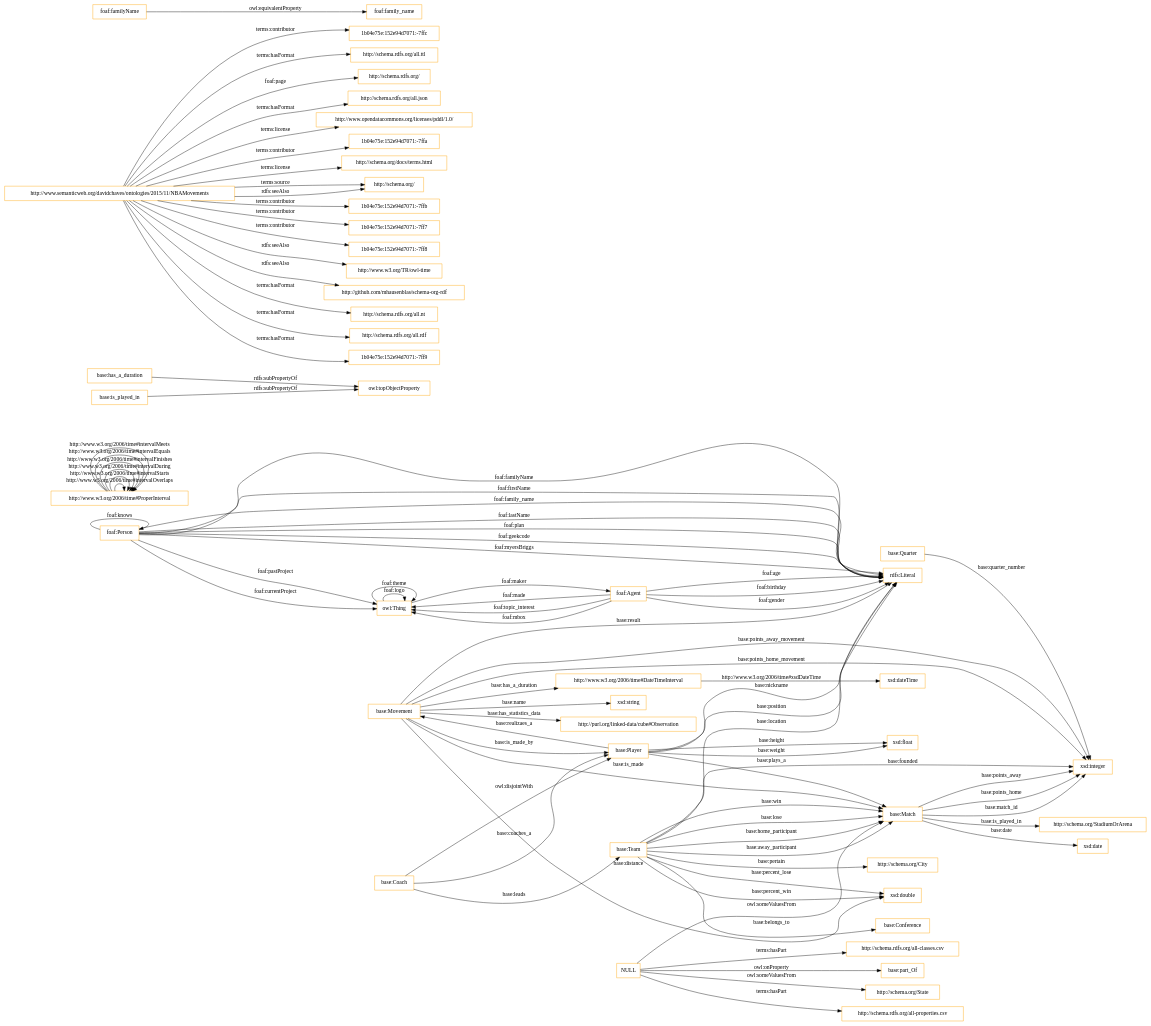
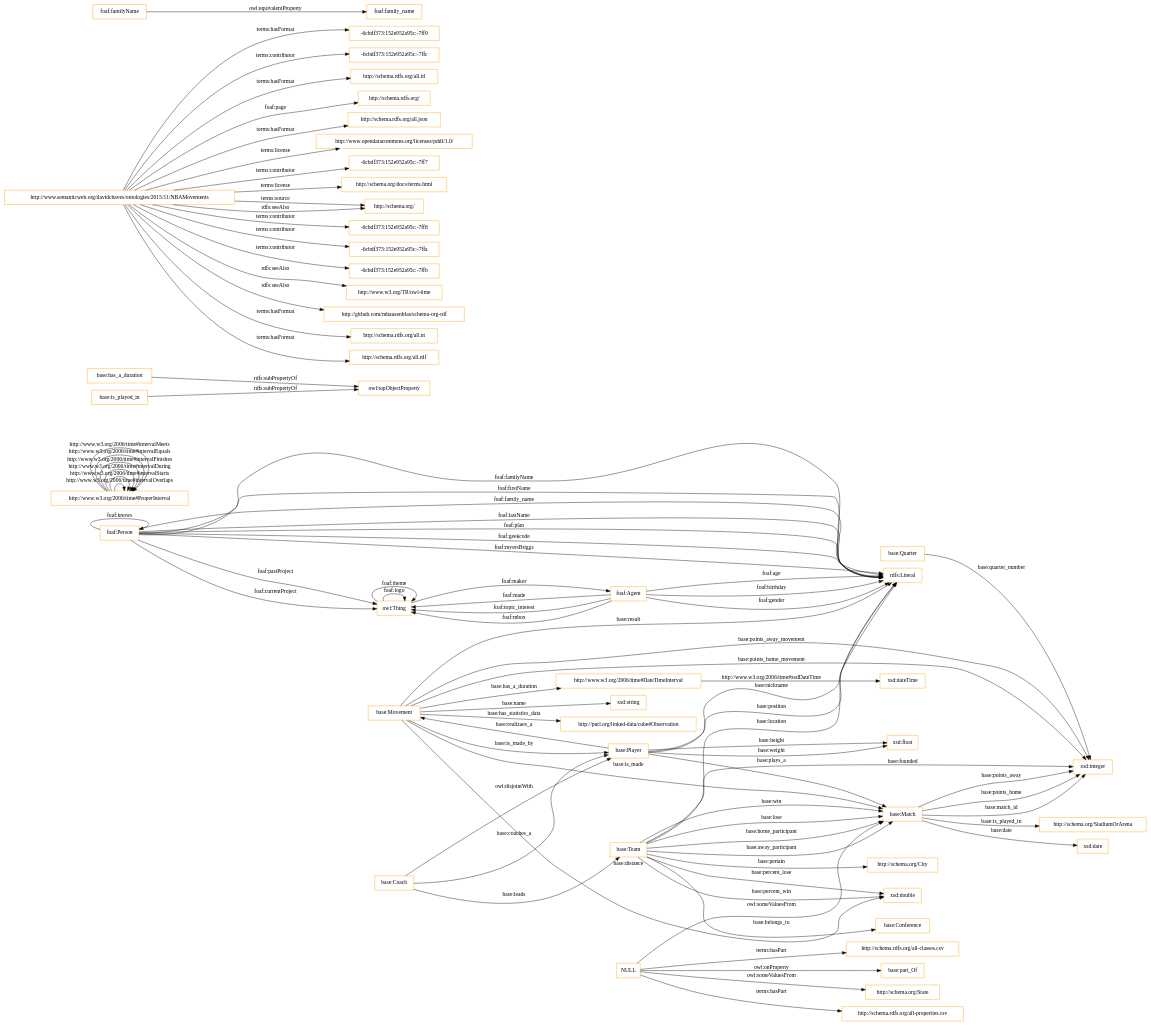
The diagram in OnToology/NBAMovementsv2.owl/diagrams/ar2dtool-class/NBAMovementsv2.owl.png.dot (OnToologyUser/NBAMovements), drawn with Graphviz before and after one commit. The commit also changed 4 other files, not shown here.

```diff
--- a/OnToology/NBAMovementsv2.owl/diagrams/ar2dtool-class/NBAMovementsv2.owl.png.dot
+++ b/OnToology/NBAMovementsv2.owl/diagrams/ar2dtool-class/NBAMovementsv2.owl.png.dot
@@ -1,91 +1,91 @@
 digraph ar2dtool_diagram { 
 rankdir=LR;
 size="1501"
 node [shape = rectangle, color="orange"]; "http://www.w3.org/2006/time#DateTimeInterval" "base:Team" "base:Coach" "http://www.w3.org/2006/time#ProperInterval" "http://schema.org/State" "http://schema.org/City" "foaf:Person" "base:Player" "base:Quarter" "http://schema.org/StadiumOrArena" "base:Match" "http://purl.org/linked-data/cube#Observation" "base:Movement" "base:Conference" ; /*classes style*/
 	"base:Coach" -> "base:Player" [ label = "owl:disjointWith" ];
 	"base:has_a_duration" -> "owl:topObjectProperty" [ label = "rdfs:subPropertyOf" ];
-	"http://www.semanticweb.org/davidchaves/ontologies/2015/11/NBAMovements" -> "1b04e75e:152e94d7071:-7ffc" [ label = "terms:contributor" ];
+	"http://www.semanticweb.org/davidchaves/ontologies/2015/11/NBAMovements" -> "-6cbdf373:152e952a95c:-7ff9" [ label = "terms:hasFormat" ];
+	"http://www.semanticweb.org/davidchaves/ontologies/2015/11/NBAMovements" -> "-6cbdf373:152e952a95c:-7ffc" [ label = "terms:contributor" ];
 	"http://www.semanticweb.org/davidchaves/ontologies/2015/11/NBAMovements" -> "http://schema.rdfs.org/all.ttl" [ label = "terms:hasFormat" ];
 	"http://www.semanticweb.org/davidchaves/ontologies/2015/11/NBAMovements" -> "http://schema.rdfs.org/" [ label = "foaf:page" ];
 	"http://www.semanticweb.org/davidchaves/ontologies/2015/11/NBAMovements" -> "http://schema.rdfs.org/all.json" [ label = "terms:hasFormat" ];
 	"http://www.semanticweb.org/davidchaves/ontologies/2015/11/NBAMovements" -> "http://www.opendatacommons.org/licenses/pddl/1.0/" [ label = "terms:license" ];
-	"http://www.semanticweb.org/davidchaves/ontologies/2015/11/NBAMovements" -> "1b04e75e:152e94d7071:-7ffa" [ label = "terms:contributor" ];
+	"http://www.semanticweb.org/davidchaves/ontologies/2015/11/NBAMovements" -> "-6cbdf373:152e952a95c:-7ff7" [ label = "terms:contributor" ];
 	"http://www.semanticweb.org/davidchaves/ontologies/2015/11/NBAMovements" -> "http://schema.org/docs/terms.html" [ label = "terms:license" ];
 	"http://www.semanticweb.org/davidchaves/ontologies/2015/11/NBAMovements" -> "http://schema.org/" [ label = "terms:source" ];
-	"http://www.semanticweb.org/davidchaves/ontologies/2015/11/NBAMovements" -> "1b04e75e:152e94d7071:-7ffb" [ label = "terms:contributor" ];
-	"http://www.semanticweb.org/davidchaves/ontologies/2015/11/NBAMovements" -> "1b04e75e:152e94d7071:-7ff7" [ label = "terms:contributor" ];
-	"http://www.semanticweb.org/davidchaves/ontologies/2015/11/NBAMovements" -> "1b04e75e:152e94d7071:-7ff8" [ label = "terms:contributor" ];
+	"http://www.semanticweb.org/davidchaves/ontologies/2015/11/NBAMovements" -> "-6cbdf373:152e952a95c:-7ff8" [ label = "terms:contributor" ];
+	"http://www.semanticweb.org/davidchaves/ontologies/2015/11/NBAMovements" -> "-6cbdf373:152e952a95c:-7ffa" [ label = "terms:contributor" ];
+	"http://www.semanticweb.org/davidchaves/ontologies/2015/11/NBAMovements" -> "-6cbdf373:152e952a95c:-7ffb" [ label = "terms:contributor" ];
 	"http://www.semanticweb.org/davidchaves/ontologies/2015/11/NBAMovements" -> "http://www.w3.org/TR/owl-time" [ label = "rdfs:seeAlso" ];
 	"http://www.semanticweb.org/davidchaves/ontologies/2015/11/NBAMovements" -> "http://schema.org/" [ label = "rdfs:seeAlso" ];
 	"http://www.semanticweb.org/davidchaves/ontologies/2015/11/NBAMovements" -> "http://github.com/mhausenblas/schema-org-rdf" [ label = "rdfs:seeAlso" ];
 	"http://www.semanticweb.org/davidchaves/ontologies/2015/11/NBAMovements" -> "http://schema.rdfs.org/all.nt" [ label = "terms:hasFormat" ];
 	"http://www.semanticweb.org/davidchaves/ontologies/2015/11/NBAMovements" -> "http://schema.rdfs.org/all.rdf" [ label = "terms:hasFormat" ];
-	"http://www.semanticweb.org/davidchaves/ontologies/2015/11/NBAMovements" -> "1b04e75e:152e94d7071:-7ff9" [ label = "terms:hasFormat" ];
 	"base:is_played_in" -> "owl:topObjectProperty" [ label = "rdfs:subPropertyOf" ];
 	"foaf:familyName" -> "foaf:family_name" [ label = "owl:equivalentProperty" ];
 	"NULL" -> "http://schema.rdfs.org/all-properties.csv" [ label = "terms:hasPart" ];
 	"NULL" -> "http://schema.rdfs.org/all-classes.csv" [ label = "terms:hasPart" ];
 	"NULL" -> "base:Match" [ label = "owl:someValuesFrom" ];
 	"NULL" -> "http://schema.org/State" [ label = "owl:someValuesFrom" ];
 	"NULL" -> "base:part_Of" [ label = "owl:onProperty" ];
 	"base:Team" -> "rdfs:Literal" [ label = "base:location" ];
 	"owl:Thing" -> "foaf:Agent" [ label = "foaf:maker" ];
 	"base:Player" -> "rdfs:Literal" [ label = "base:nickname" ];
 	"base:Player" -> "rdfs:Literal" [ label = "base:position" ];
 	"base:Movement" -> "xsd:integer" [ label = "base:points_home_movement" ];
 	"http://www.w3.org/2006/time#ProperInterval" -> "http://www.w3.org/2006/time#ProperInterval" [ label = "http://www.w3.org/2006/time#intervalOverlaps" ];
 	"owl:Thing" -> "owl:Thing" [ label = "foaf:logo" ];
 	"foaf:Agent" -> "owl:Thing" [ label = "foaf:made" ];
 	"foaf:Agent" -> "rdfs:Literal" [ label = "foaf:birthday" ];
 	"base:Player" -> "base:Movement" [ label = "base:realizaes_a" ];
 	"foaf:Person" -> "rdfs:Literal" [ label = "foaf:familyName" ];
 	"base:Movement" -> "rdfs:Literal" [ label = "base:result" ];
 	"foaf:Person" -> "rdfs:Literal" [ label = "foaf:firstName" ];
 	"base:Team" -> "base:Match" [ label = "base:home_participant" ];
 	"foaf:Person" -> "owl:Thing" [ label = "foaf:currentProject" ];
 	"base:Movement" -> "http://purl.org/linked-data/cube#Observation" [ label = "base:has_statistics_data" ];
 	"http://www.w3.org/2006/time#ProperInterval" -> "http://www.w3.org/2006/time#ProperInterval" [ label = "http://www.w3.org/2006/time#intervalStarts" ];
 	"http://www.w3.org/2006/time#DateTimeInterval" -> "xsd:dateTime" [ label = "http://www.w3.org/2006/time#xsdDateTime" ];
 	"foaf:Agent" -> "owl:Thing" [ label = "foaf:topic_interest" ];
 	"base:Movement" -> "http://www.w3.org/2006/time#DateTimeInterval" [ label = "base:has_a_duration" ];
 	"foaf:Agent" -> "rdfs:Literal" [ label = "foaf:gender" ];
 	"base:Movement" -> "xsd:string" [ label = "base:name" ];
 	"base:Match" -> "xsd:integer" [ label = "base:points_away" ];
 	"base:Team" -> "base:Match" [ label = "base:away_participant" ];
 	"http://www.w3.org/2006/time#ProperInterval" -> "http://www.w3.org/2006/time#ProperInterval" [ label = "http://www.w3.org/2006/time#intervalDuring" ];
 	"base:Team" -> "base:Conference" [ label = "base:belongs_to" ];
 	"http://www.w3.org/2006/time#ProperInterval" -> "http://www.w3.org/2006/time#ProperInterval" [ label = "http://www.w3.org/2006/time#intervalFinishes" ];
 	"base:Coach" -> "base:Player" [ label = "base:coaches_a" ];
 	"base:Team" -> "xsd:integer" [ label = "base:founded" ];
 	"base:Team" -> "base:Match" [ label = "base:win" ];
 	"base:Match" -> "xsd:integer" [ label = "base:points_home" ];
 	"base:Team" -> "xsd:double" [ label = "base:percent_win" ];
 	"foaf:Person" -> "rdfs:Literal" [ label = "foaf:family_name" ];
 	"base:Movement" -> "xsd:double" [ label = "base:distance" ];
 	"base:Player" -> "xsd:float" [ label = "base:weight" ];
 	"base:Team" -> "base:Match" [ label = "base:lose" ];
 	"owl:Thing" -> "owl:Thing" [ label = "foaf:theme" ];
 	"base:Match" -> "xsd:date" [ label = "base:date" ];
 	"foaf:Agent" -> "rdfs:Literal" [ label = "foaf:age" ];
 	"foaf:Agent" -> "owl:Thing" [ label = "foaf:mbox" ];
 	"foaf:Person" -> "rdfs:Literal" [ label = "foaf:lastName" ];
 	"base:Team" -> "xsd:double" [ label = "base:percent_lose" ];
 	"http://www.w3.org/2006/time#ProperInterval" -> "http://www.w3.org/2006/time#ProperInterval" [ label = "http://www.w3.org/2006/time#intervalEquals" ];
 	"foaf:Person" -> "owl:Thing" [ label = "foaf:pastProject" ];
 	"base:Match" -> "xsd:integer" [ label = "base:match_id" ];
 	"base:Movement" -> "base:Player" [ label = "base:is_made_by" ];
 	"base:Match" -> "http://schema.org/StadiumOrArena" [ label = "base:is_played_in" ];
 	"foaf:Person" -> "foaf:Person" [ label = "foaf:knows" ];
 	"base:Player" -> "base:Match" [ label = "base:plays_a" ];
 	"foaf:Person" -> "rdfs:Literal" [ label = "foaf:plan" ];
 	"foaf:Person" -> "rdfs:Literal" [ label = "foaf:geekcode" ];
 	"base:Team" -> "http://schema.org/City" [ label = "base:pertain" ];
 	"base:Quarter" -> "xsd:integer" [ label = "base:quarter_number" ];
 	"base:Coach" -> "base:Team" [ label = "base:leads" ];
 	"base:Movement" -> "base:Match" [ label = "base:is_made" ];
 	"http://www.w3.org/2006/time#ProperInterval" -> "http://www.w3.org/2006/time#ProperInterval" [ label = "http://www.w3.org/2006/time#intervalMeets" ];
 	"base:Player" -> "xsd:float" [ label = "base:height" ];
 	"base:Movement" -> "xsd:integer" [ label = "base:points_away_movement" ];
 	"foaf:Person" -> "rdfs:Literal" [ label = "foaf:myersBriggs" ];
 
 }
```
